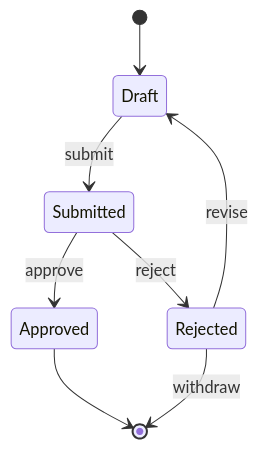
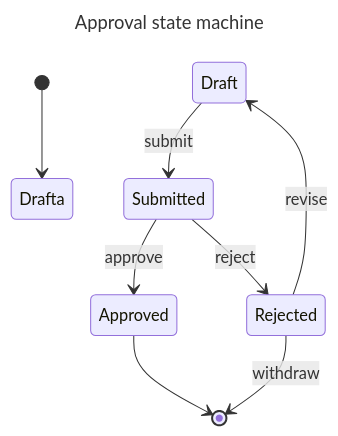
The fourth of 25 diagrams in examples/mermaid-gallery.md (SlideWright/lattice), drawn with Mermaid before and after one commit. The commit also changed other lines of this file and 19 other files, not shown here.

````diff
--- a/examples/mermaid-gallery.md
+++ b/examples/mermaid-gallery.md
@@ -133,10 +142,13 @@
 ```mermaid
+---
+title: Approval state machine
+---
 stateDiagram-v2
-  [*] --> Draft
+  [*] --> Drafta
   Draft --> Submitted: submit
   Submitted --> Approved: approve
   Submitted --> Rejected: reject
   Approved --> [*]
   Rejected --> Draft: revise
   Rejected --> [*]: withdraw
 ```
````
